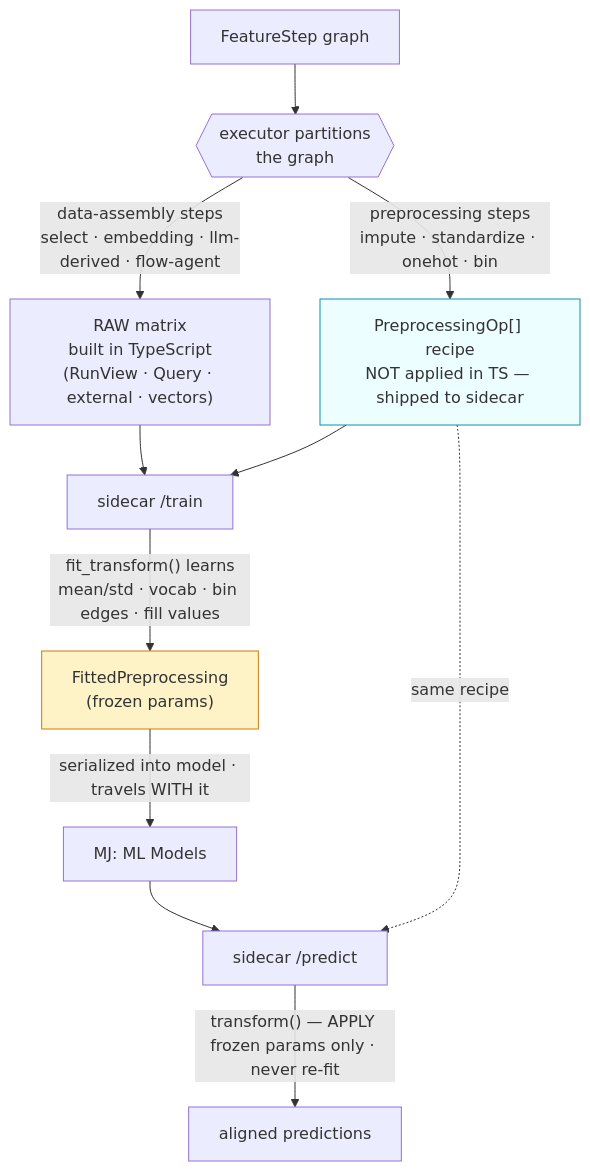
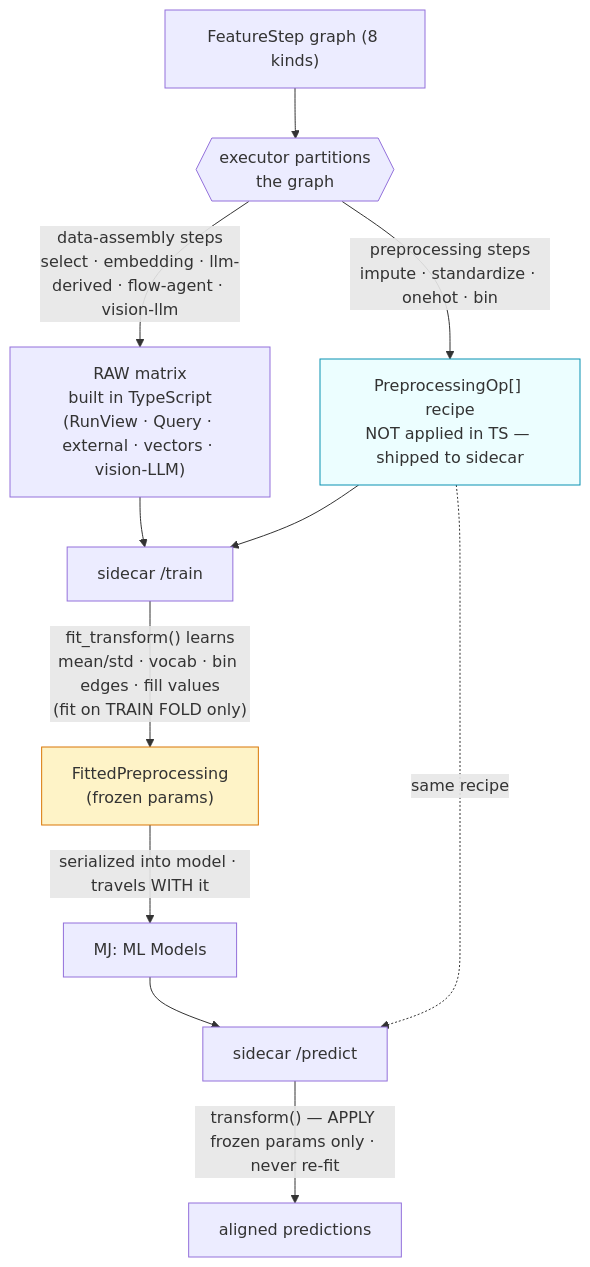
The fourth of 12 diagrams in guides/PREDICTIVE_STUDIO_GUIDE.md (MemberJunction/MJ), drawn with Mermaid before and after one commit. The commit also changed other lines of this file and 11 other files, not shown here.

````diff
--- a/guides/PREDICTIVE_STUDIO_GUIDE.md
+++ b/guides/PREDICTIVE_STUDIO_GUIDE.md
@@ -238,15 +251,15 @@
 ```mermaid
 flowchart TB
-    G["FeatureStep graph"] --> SPLIT{{"executor partitions<br/>the graph"}}
-    SPLIT -->|"data-assembly steps<br/>select · embedding · llm-derived · flow-agent"| RAW["RAW matrix<br/>built in TypeScript<br/>(RunView · Query · external · vectors)"]
+    G["FeatureStep graph (8 kinds)"] --> SPLIT{{"executor partitions<br/>the graph"}}
+    SPLIT -->|"data-assembly steps<br/>select · embedding · llm-derived · flow-agent · vision-llm"| RAW["RAW matrix<br/>built in TypeScript<br/>(RunView · Query · external · vectors · vision-LLM)"]
     SPLIT -->|"preprocessing steps<br/>impute · standardize · onehot · bin"| RECIPE["PreprocessingOp[] recipe<br/>NOT applied in TS — shipped to sidecar"]
     RAW --> TRAIN["sidecar /train"]
     RECIPE --> TRAIN
-    TRAIN -->|"fit_transform() learns<br/>mean/std · vocab · bin edges · fill values"| FITTED["FittedPreprocessing<br/>(frozen params)"]
+    TRAIN -->|"fit_transform() learns<br/>mean/std · vocab · bin edges · fill values<br/>(fit on TRAIN FOLD only)"| FITTED["FittedPreprocessing<br/>(frozen params)"]
     FITTED -->|serialized into model · travels WITH it| MODEL["MJ: ML Models"]
     MODEL --> PRED["sidecar /predict"]
     RECIPE -.same recipe.-> PRED
     PRED -->|"transform() — APPLY frozen params only · never re-fit"| OUT["aligned predictions"]
     style FITTED fill:#fef3c7,stroke:#d97706
     style RECIPE fill:#ecfeff,stroke:#0891b2
 ```
````
